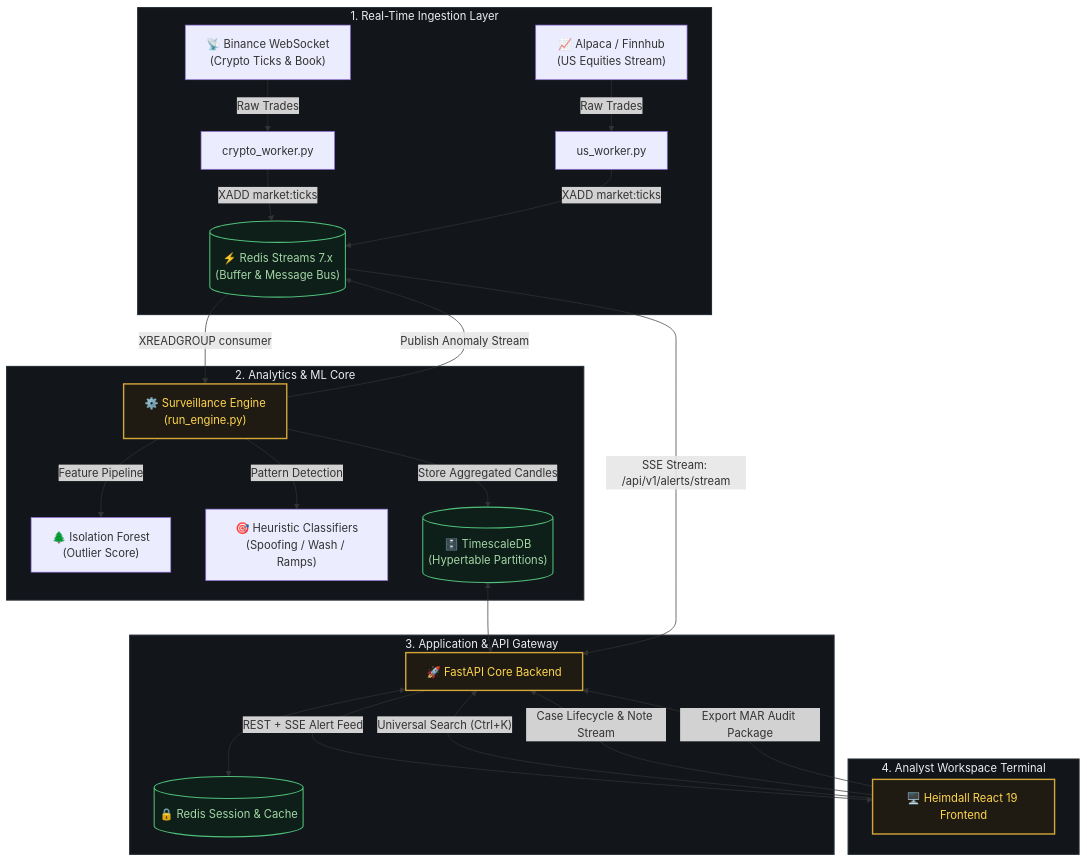
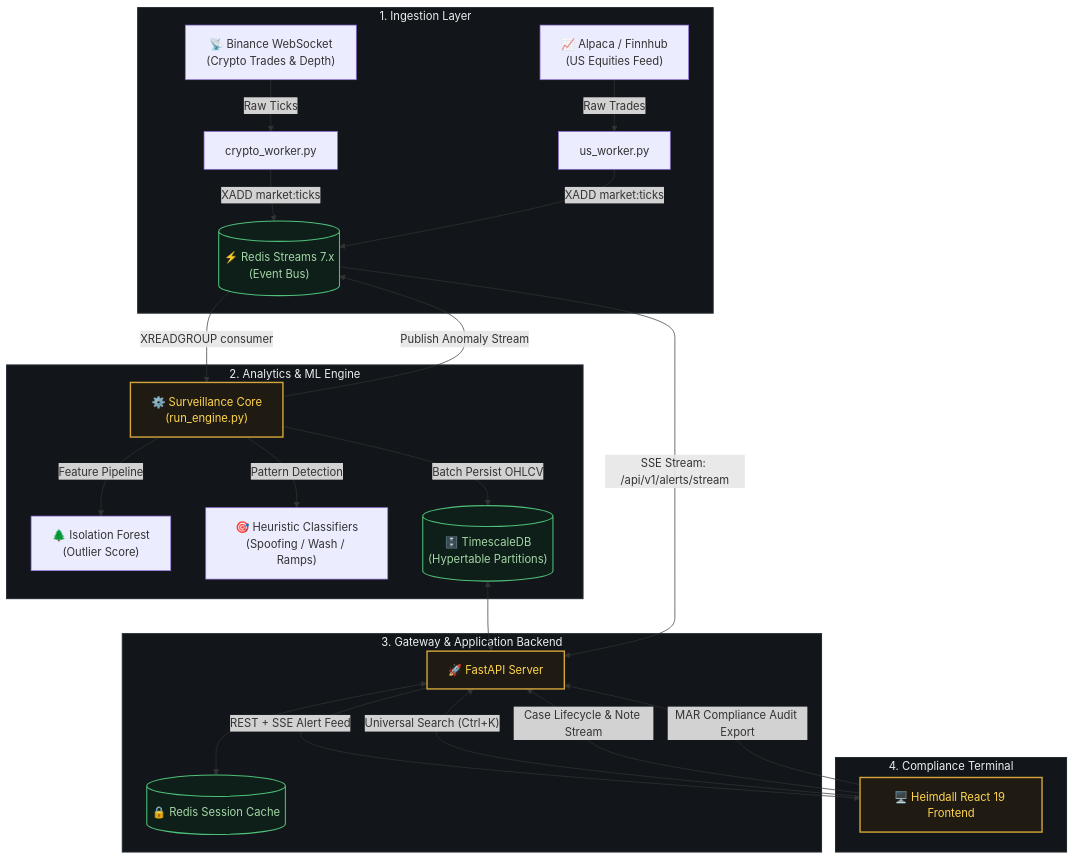
Before and after one commit to prathamkariya/Heimdall: the diagram in README.md, drawn with Mermaid. The commit also changed other lines of this file, not shown here.

````diff
--- a/README.md
+++ b/README.md
@@ -105,37 +62,37 @@
 ```mermaid
 flowchart TD
-    subgraph S1["1. Real-Time Ingestion Layer"]
-        A1["📡 Binance WebSocket<br/>(Crypto Ticks & Book)"] -->|Raw Trades| W1["crypto_worker.py"]
-        A2["📈 Alpaca / Finnhub<br/>(US Equities Stream)"] -->|Raw Trades| W2["us_worker.py"]
-        W1 -->|"XADD market:ticks"| RS[("⚡ Redis Streams 7.x<br/>(Buffer & Message Bus)")]
+    subgraph S1["1. Ingestion Layer"]
+        A1["📡 Binance WebSocket<br/>(Crypto Trades & Depth)"] -->|Raw Ticks| W1["crypto_worker.py"]
+        A2["📈 Alpaca / Finnhub<br/>(US Equities Feed)"] -->|Raw Trades| W2["us_worker.py"]
+        W1 -->|"XADD market:ticks"| RS[("⚡ Redis Streams 7.x<br/>(Event Bus)")]
         W2 -->|"XADD market:ticks"| RS
     end
 
-    subgraph S2["2. Analytics & ML Core"]
-        RS -->|"XREADGROUP consumer"| ML["⚙️ Surveillance Engine<br/>(run_engine.py)"]
+    subgraph S2["2. Analytics & ML Engine"]
+        RS -->|"XREADGROUP consumer"| ML["⚙️ Surveillance Core<br/>(run_engine.py)"]
         ML -->|"Feature Pipeline"| IF["🌲 Isolation Forest<br/>(Outlier Score)"]
         ML -->|"Pattern Detection"| MP["🎯 Heuristic Classifiers<br/>(Spoofing / Wash / Ramps)"]
-        ML -->|"Store Aggregated Candles"| TS[("🗄️ TimescaleDB<br/>(Hypertable Partitions)")]
+        ML -->|"Batch Persist OHLCV"| TS[("🗄️ TimescaleDB<br/>(Hypertable Partitions)")]
         ML -->|"Publish Anomaly Stream"| RS
     end
 
-    subgraph S3["3. Application & API Gateway"]
-        TS <--> API["🚀 FastAPI Core Backend"]
+    subgraph S3["3. Gateway & Application Backend"]
+        TS <--> API["🚀 FastAPI Server"]
         RS -->|"SSE Stream: /api/v1/alerts/stream"| API
-        API <--> RC[("🔒 Redis Session & Cache")]
+        API <--> RC[("🔒 Redis Session Cache")]
     end
 
-    subgraph S4["4. Analyst Workspace Terminal"]
+    subgraph S4["4. Compliance Terminal"]
         API -->|"REST + SSE Alert Feed"| UI["🖥️ Heimdall React 19 Frontend"]
         UI -->|"Universal Search (Ctrl+K)"| API
         UI -->|"Case Lifecycle & Note Stream"| API
-        UI -->|"Export MAR Audit Package"| API
+        UI -->|"MAR Compliance Audit Export"| API
     end
 
     classDef darkBox fill:#12161A,stroke:#232A31,stroke-width:1.5px,color:#ECEFF1;
     classDef goldBox fill:#1F1B12,stroke:#D4A63A,stroke-width:2px,color:#FFD54F;
     classDef accentBox fill:#0D1F18,stroke:#4FBF7A,stroke-width:1.5px,color:#A5D6A7;
     class S1,S2,S3,S4 darkBox;
     class ML,API,UI goldBox;
     class RS,TS,RC accentBox;
 ```
````
